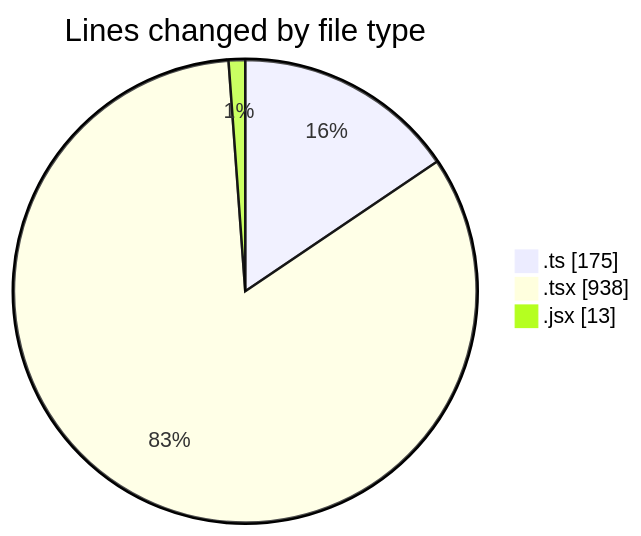
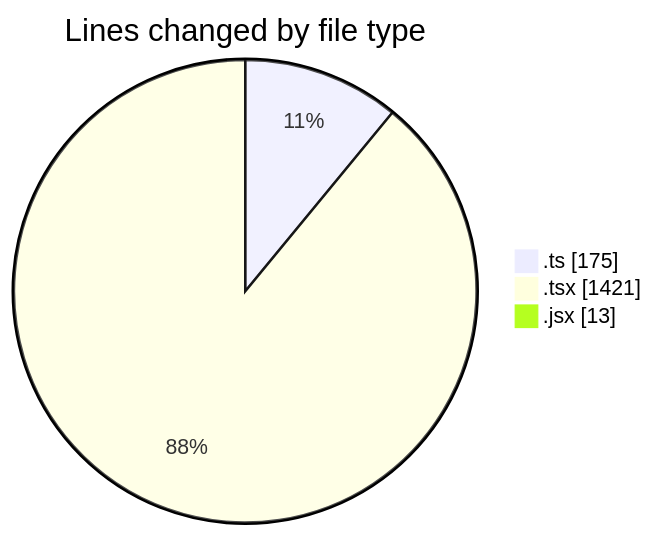
The first of 2 diagrams in 2025-12-02/cda/README.md (momahboobian/code-tracking), drawn with Mermaid before and after one commit. The commit also changed other lines of this file and 1 other file, not shown here.

````diff
--- a/2025-12-02/cda/README.md
+++ b/2025-12-02/cda/README.md
@@ -24,7 +25,7 @@
 ```mermaid
 pie showData
 title Lines changed by file type
 ".ts" : 175
-".tsx" : 938
+".tsx" : 1421
 ".jsx" : 13
 ```
````
